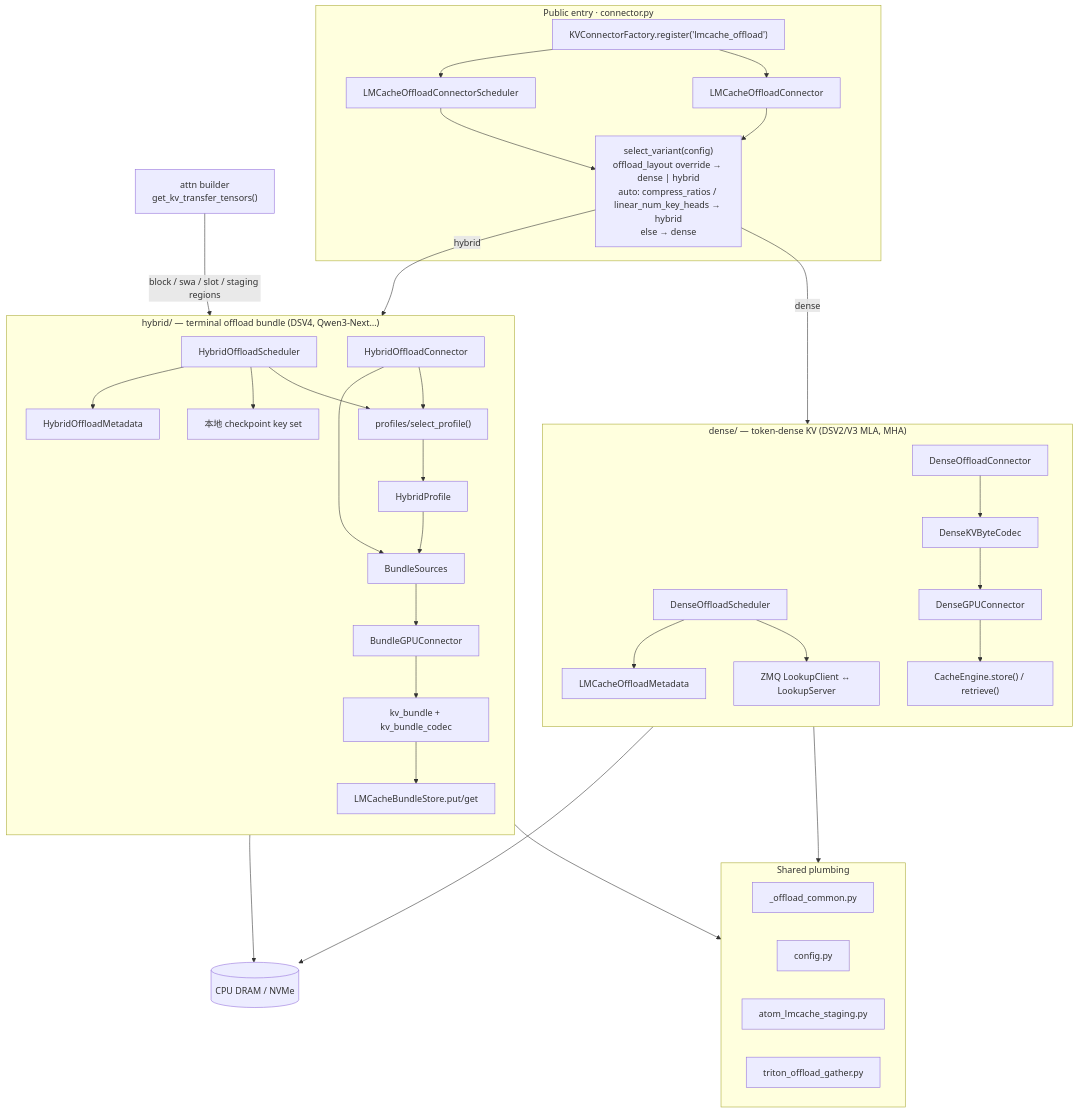
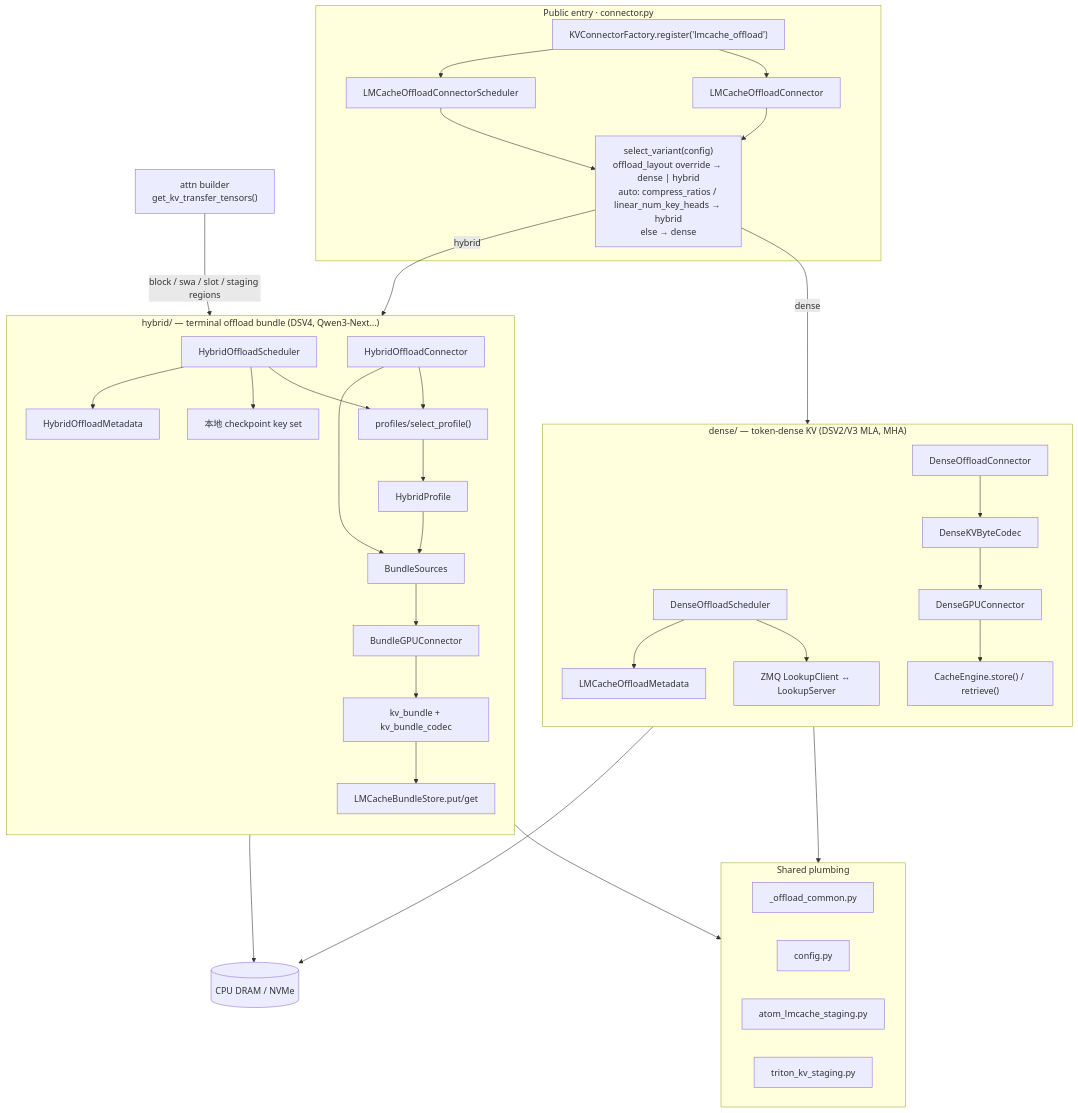
Before and after one commit to ROCm/ATOM: the first of 5 diagrams in atom/kv_transfer/offload/README.md, drawn with Mermaid. The commit also changed other lines of this file and 4 other files, not shown here.

First line of the commit message:
[Feature] offload: keep triton_kv_staging.py name for reviewable diff

````diff
--- a/atom/kv_transfer/offload/README.md
+++ b/atom/kv_transfer/offload/README.md
@@ -81,61 +81,61 @@
 ```mermaid
 flowchart TB
     subgraph ENTRY["Public entry · connector.py"]
         REG["KVConnectorFactory.register('lmcache_offload')"]
         SEL["select_variant(config)<br/>offload_layout override → dense | hybrid<br/>auto: compress_ratios / linear_num_key_heads → hybrid<br/>else → dense"]
         SHELL_S["LMCacheOffloadConnectorScheduler"]
         SHELL_W["LMCacheOffloadConnector"]
         REG --> SHELL_S & SHELL_W
         SHELL_S --> SEL
         SHELL_W --> SEL
     end
 
     SEL -->|"dense"| DENSE
     SEL -->|"hybrid"| HYBRID
 
     subgraph DENSE["dense/ — token-dense KV (DSV2/V3 MLA, MHA)"]
         direction TB
         DS["DenseOffloadScheduler"]
         DW["DenseOffloadConnector"]
         D_CODEC["DenseKVByteCodec"]
         D_GPU["DenseGPUConnector"]
         D_META["LMCacheOffloadMetadata"]
         D_STORE["CacheEngine.store() / retrieve()"]
         D_LOOKUP["ZMQ LookupClient ↔ LookupServer"]
         DS --> D_META
         DS --> D_LOOKUP
         DW --> D_CODEC --> D_GPU --> D_STORE
     end
 
     subgraph HYBRID["hybrid/ — terminal offload bundle (DSV4, Qwen3-Next…)"]
         direction TB
         PROF_SEL["profiles/select_profile()"]
         HS["HybridOffloadScheduler"]
         HW["HybridOffloadConnector"]
         PROF["HybridProfile"]
         SRC["BundleSources"]
         BUNDLE["kv_bundle + kv_bundle_codec"]
         H_GPU["BundleGPUConnector"]
         H_STORE["LMCacheBundleStore.put/get"]
         H_KEYS["本地 checkpoint key set"]
         H_META["HybridOffloadMetadata"]
         PROF_SEL --> PROF --> SRC
         HS --> PROF_SEL
         HW --> PROF_SEL
         HS --> H_KEYS
         HS --> H_META
         HW --> SRC --> H_GPU --> BUNDLE --> H_STORE
     end
 
     subgraph SHARED["Shared plumbing"]
         COMMON["_offload_common.py"]
         CFG["config.py"]
         STG["atom_lmcache_staging.py"]
-        TRITON["triton_offload_gather.py"]
+        TRITON["triton_kv_staging.py"]
     end
 
     DENSE & HYBRID --> SHARED
     D_STORE & H_STORE --> TIER[("CPU DRAM / NVMe")]
 
     TT["attn builder<br/>get_kv_transfer_tensors()"] -->|"block / swa / slot / staging regions"| HW
 ```
````
